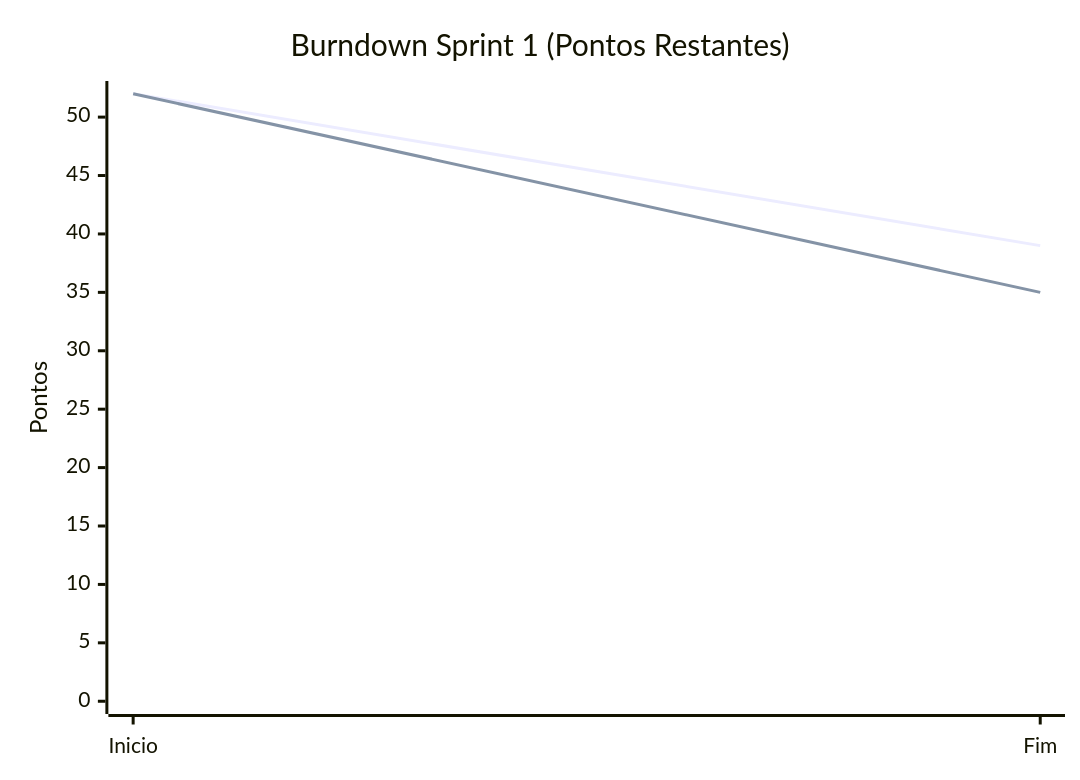
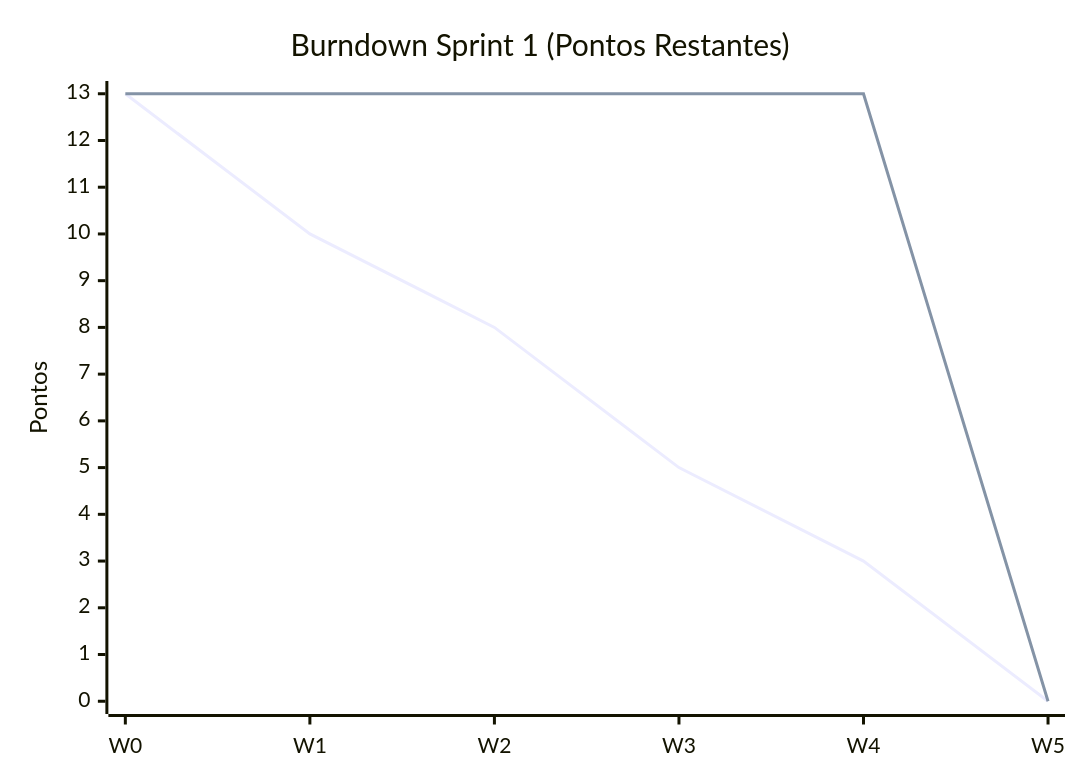
Before and after one commit to candago-6/documentacao: the first of 3 diagrams in README.md, drawn with Mermaid. The commit also changed other lines of this file, not shown here.

````diff
--- a/README.md
+++ b/README.md
@@ -140,8 +140,8 @@
 ```mermaid
 xychart-beta
 	title "Burndown Sprint 1 (Pontos Restantes)"
-	x-axis [Inicio, Fim]
-	y-axis "Pontos" 0 --> 52
-	line "planejado" [52, 39]
-	line "real" [52, 35]
+	x-axis [W0, W1, W2, W3, W4, W5]
+	y-axis "Pontos" 0 --> 13
+	line "planejado" [13, 10, 8, 5, 3, 0]
+	line "real" [13, 13, 13, 13, 13, 0]
 ```
````
